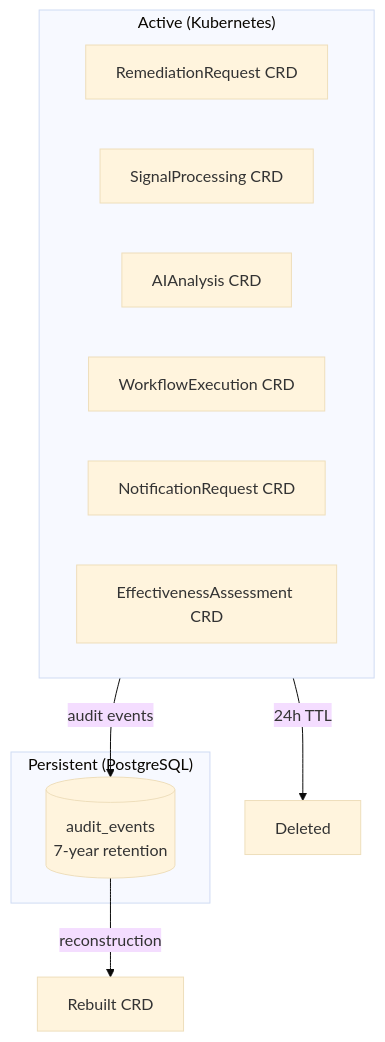
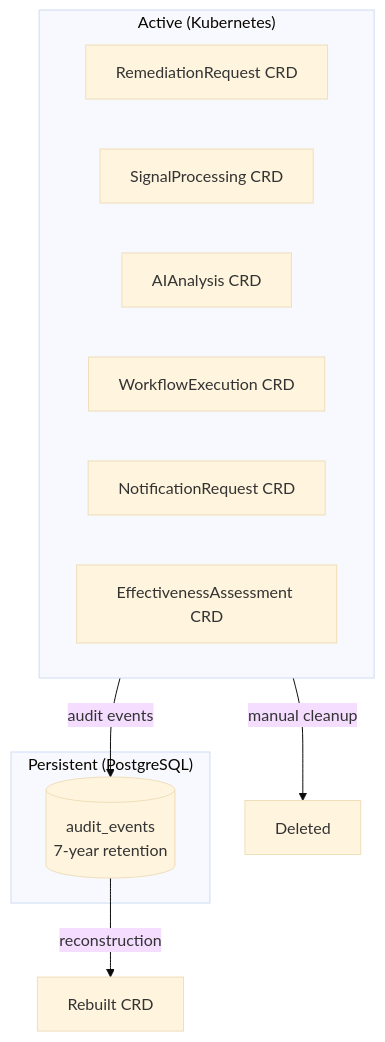
The second of 2 diagrams in docs/user-guide/data-lifecycle.md (jordigilh/kubernaut-docs), drawn with Mermaid (base theme) before and after one commit. The commit also changed other lines of this file and 5 other files, not shown here.

````diff
--- a/docs/user-guide/data-lifecycle.md
+++ b/docs/user-guide/data-lifecycle.md
@@ -77,19 +78,19 @@
 ```mermaid
 graph TB
     subgraph Active["Active (Kubernetes)"]
         RR[RemediationRequest CRD]
         SP[SignalProcessing CRD]
         AA[AIAnalysis CRD]
         WE[WorkflowExecution CRD]
         NR[NotificationRequest CRD]
         EA[EffectivenessAssessment CRD]
     end
 
     subgraph Persistent["Persistent (PostgreSQL)"]
         AE[(audit_events<br/>7-year retention)]
     end
 
     Active -->|audit events| AE
-    Active -->|24h TTL| DEL[Deleted]
+    Active -->|manual cleanup| DEL[Deleted]
     AE -->|reconstruction| REBUILD[Rebuilt CRD]
 ```
````
